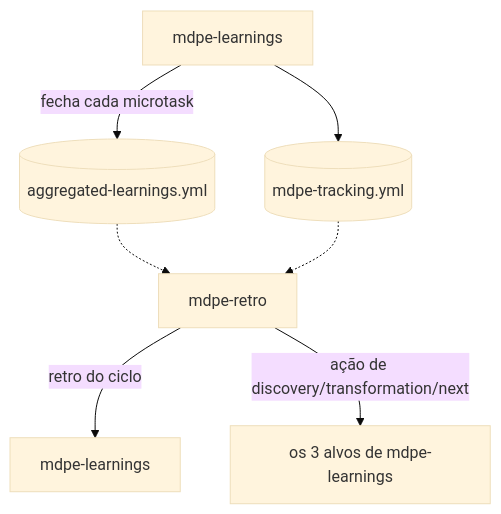
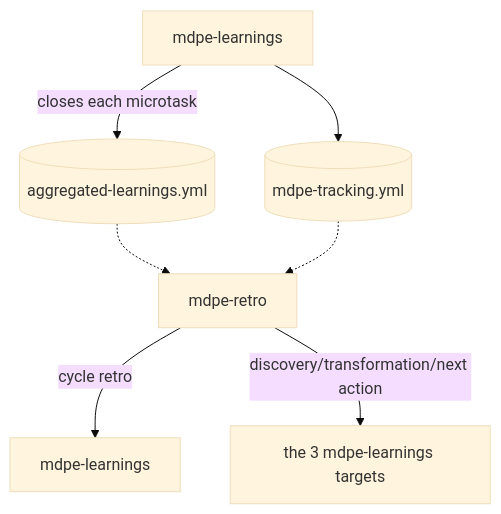
The diagram in docs/adr/adr-010-cycle-retro.md (kallebelins/mdpe-skills), drawn with Mermaid (base theme) before and after one commit. The commit also changed other lines of this file and 15 other files, not shown here.

````diff
--- a/docs/adr/adr-010-cycle-retro.md
+++ b/docs/adr/adr-010-cycle-retro.md
@@ -61,9 +60,9 @@
 ```mermaid
 graph TD
-    L[mdpe-learnings] -->|fecha cada microtask| AL[(aggregated-learnings.yml)]
+    L[mdpe-learnings] -->|closes each microtask| AL[(aggregated-learnings.yml)]
     L --> TR[(mdpe-tracking.yml)]
     AL -.-> RT[mdpe-retro]
     TR -.-> RT
-    RT -->|"retro do ciclo"| L2[mdpe-learnings]
-    RT -->|"ação de discovery/transformation/next"| D3T[os 3 alvos de mdpe-learnings]
+    RT -->|"cycle retro"| L2[mdpe-learnings]
+    RT -->|"discovery/transformation/next action"| D3T[the 3 mdpe-learnings targets]
 ```
````
